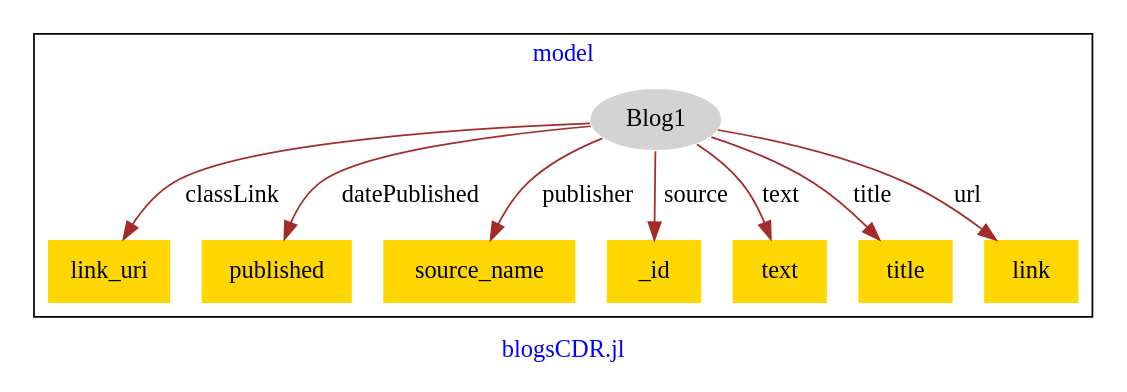
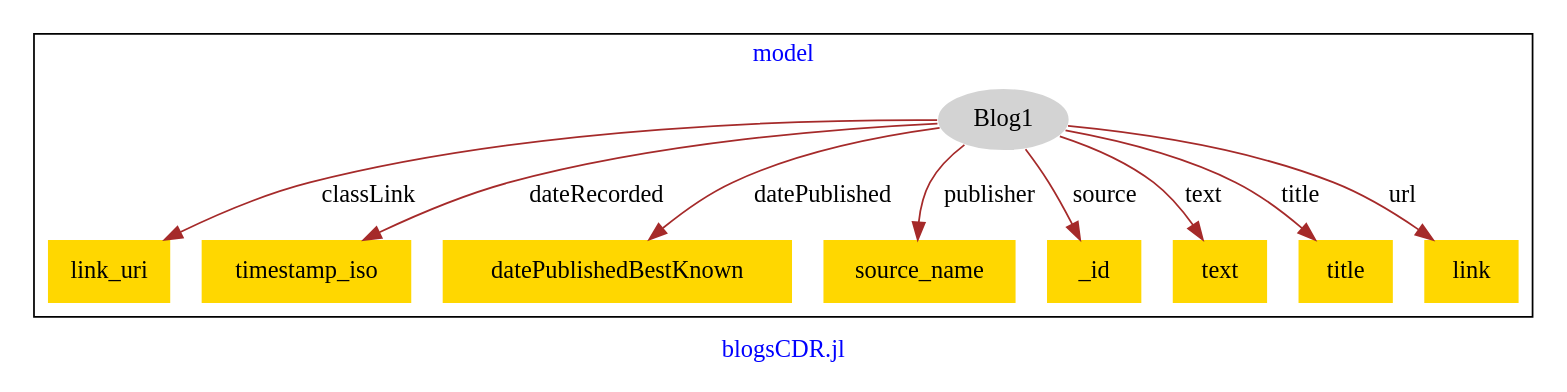
One commit to usc-isi-i2/effect-alignment changed the diagram in models/hg-blogs/blogs-model.dot. Above: the diagram before and after it, drawn with Graphviz.

Commit message:
Update file blogs-model.dot

```diff
--- a/models/hg-blogs/blogs-model.dot
+++ b/models/hg-blogs/blogs-model.dot
@@ -1,23 +1,25 @@
 digraph n0 {
 fontcolor="blue"
 remincross="true"
 label="blogsCDR.jl"
 subgraph cluster {
 label="model"
 n2[style="filled",color="white",fillcolor="lightgray",label="Blog1"];
 n3[shape="plaintext",style="filled",fillcolor="gold",label="link_uri"];
-n4[shape="plaintext",style="filled",fillcolor="gold",label="published"];
-n5[shape="plaintext",style="filled",fillcolor="gold",label="source_name"];
-n6[shape="plaintext",style="filled",fillcolor="gold",label="_id"];
-n7[shape="plaintext",style="filled",fillcolor="gold",label="text"];
-n8[shape="plaintext",style="filled",fillcolor="gold",label="title"];
-n9[shape="plaintext",style="filled",fillcolor="gold",label="link"];
+n4[shape="plaintext",style="filled",fillcolor="gold",label="timestamp_iso"];
+n5[shape="plaintext",style="filled",fillcolor="gold",label="datePublishedBestKnown"];
+n6[shape="plaintext",style="filled",fillcolor="gold",label="source_name"];
+n7[shape="plaintext",style="filled",fillcolor="gold",label="_id"];
+n8[shape="plaintext",style="filled",fillcolor="gold",label="text"];
+n9[shape="plaintext",style="filled",fillcolor="gold",label="title"];
+n10[shape="plaintext",style="filled",fillcolor="gold",label="link"];
 }
 n2 -> n3[color="brown",fontcolor="black",label="classLink"]
-n2 -> n4[color="brown",fontcolor="black",label="datePublished"]
-n2 -> n5[color="brown",fontcolor="black",label="publisher"]
-n2 -> n6[color="brown",fontcolor="black",label="source"]
-n2 -> n7[color="brown",fontcolor="black",label="text"]
-n2 -> n8[color="brown",fontcolor="black",label="title"]
-n2 -> n9[color="brown",fontcolor="black",label="url"]
+n2 -> n4[color="brown",fontcolor="black",label="dateRecorded"]
+n2 -> n5[color="brown",fontcolor="black",label="datePublished"]
+n2 -> n6[color="brown",fontcolor="black",label="publisher"]
+n2 -> n7[color="brown",fontcolor="black",label="source"]
+n2 -> n8[color="brown",fontcolor="black",label="text"]
+n2 -> n9[color="brown",fontcolor="black",label="title"]
+n2 -> n10[color="brown",fontcolor="black",label="url"]
 }
```
